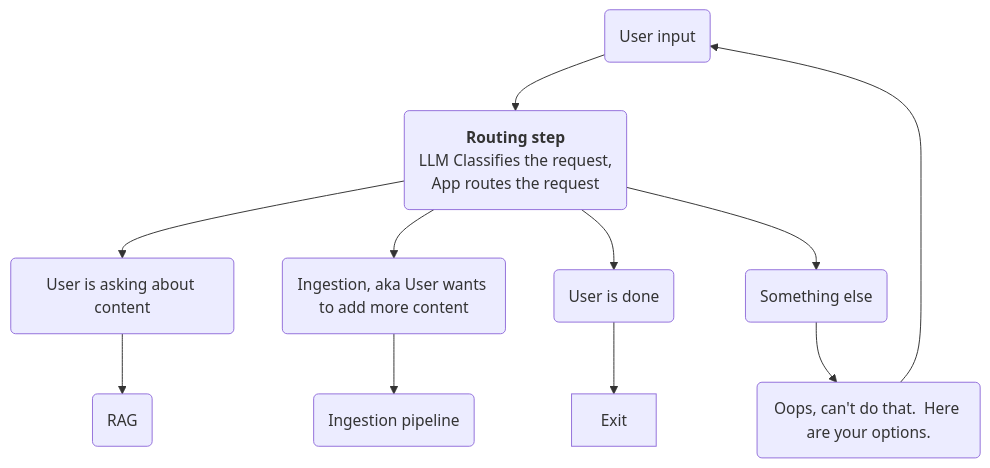
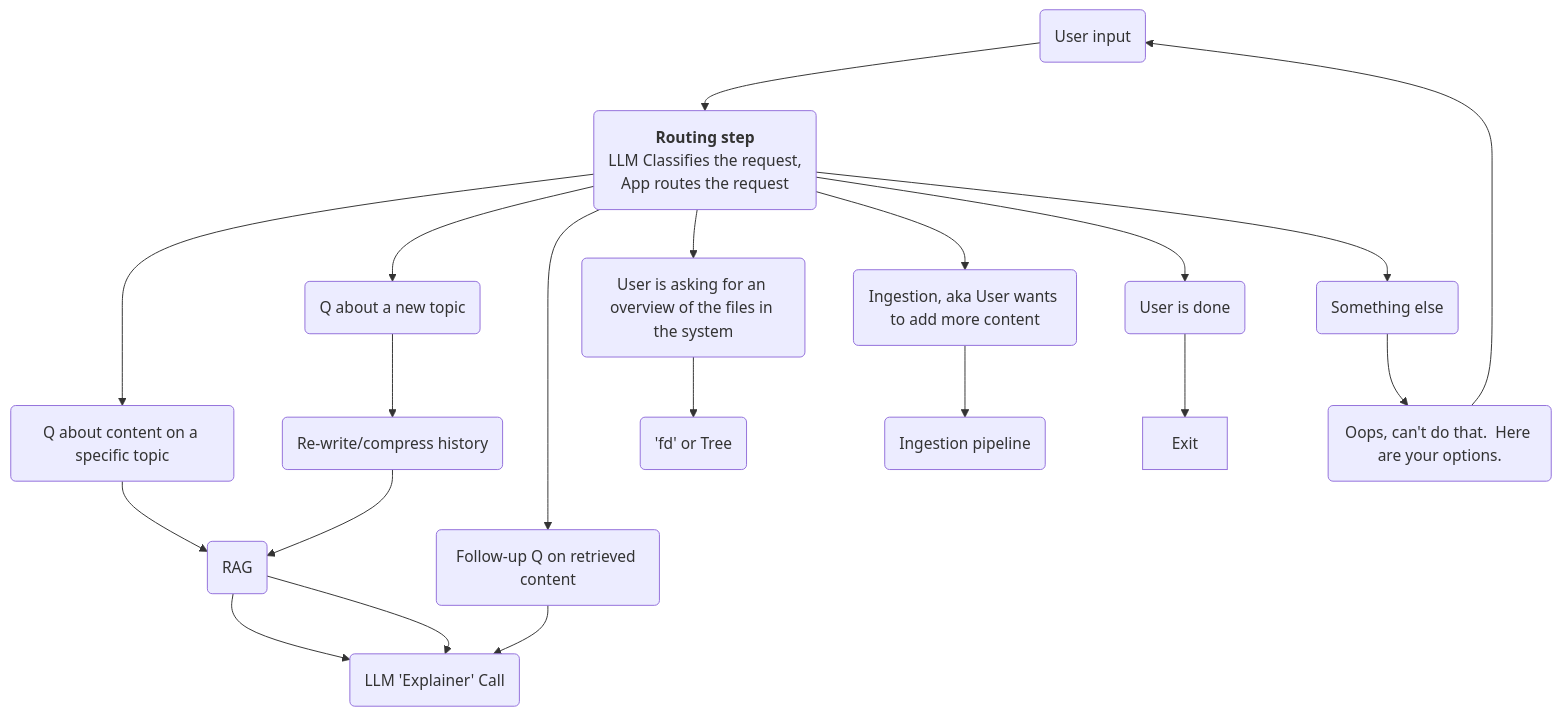
One commit to svalenziano/yara changed the sixth of 9 diagrams in README.md. Above: the diagram before and after it, drawn with Mermaid. The commit also changed other lines of this file and 32 other files, not shown here.

````diff
--- a/README.md
+++ b/README.md
@@ -101,12 +132,16 @@
 ```mermaid
 flowchart
 aa(User input)
 aa-->a
 a("`**Routing step**
 LLM Classifies the request, 
 App routes the request`")
-a-->b(User is asking about content)-->c(RAG)
+a-->b(Q about content on a specific topic)-->c(RAG) --> z
+a-->k(Q about a new topic) --> l(Re-write/compress history) --> c --> z
+a-->m(Follow-up Q on retrieved content)-->z
+a-->i(User is asking for an overview of the files in the system)-->j('fd' or Tree)
 a-->d(Ingestion, aka User wants to add more content)-->e(Ingestion pipeline)
 a-->f(User is done)-->Exit
 a-->g(Something else)-->h(Oops, can't do that.  Here are your options.)-->aa
+z(LLM 'Explainer' Call)
 ```
````
